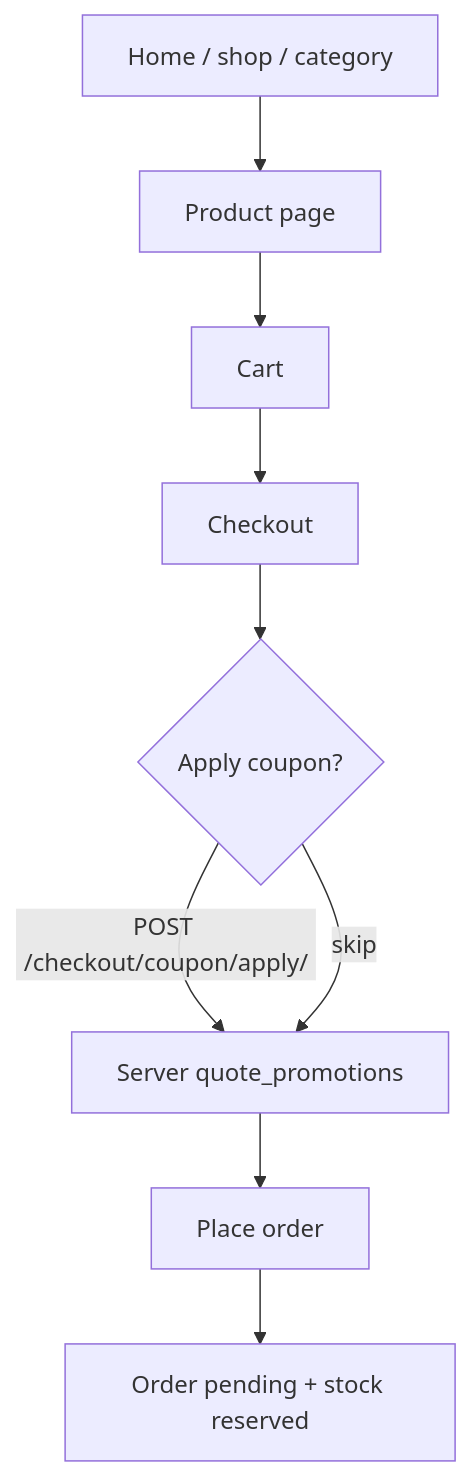
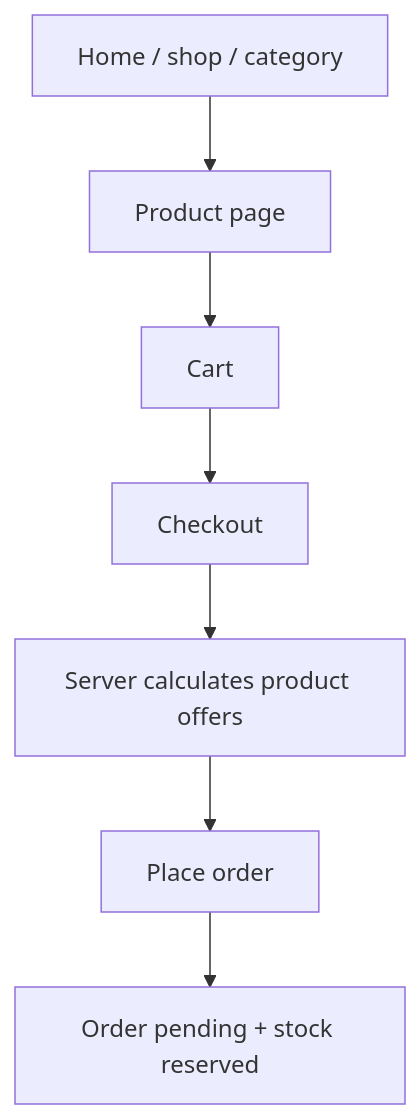
The second of 2 diagrams in README.md (officermdm-spec/UMII), drawn with Mermaid before and after one commit. The commit also changed other lines of this file and 44 other files, not shown here.

````diff
--- a/README.md
+++ b/README.md
@@ -154,11 +152,9 @@
 ```mermaid
 flowchart TD
   Home[Home / shop / category] --> PDP[Product page]
   PDP --> Cart[Cart]
   Cart --> Checkout[Checkout]
-  Checkout --> Apply{Apply coupon?}
-  Apply -->|POST /checkout/coupon/apply/| Quote[Server quote_promotions]
-  Apply -->|skip| Quote
+  Checkout --> Quote[Server calculates product offers]
   Quote --> Place[Place order]
   Place --> Order[Order pending + stock reserved]
 ```
````
